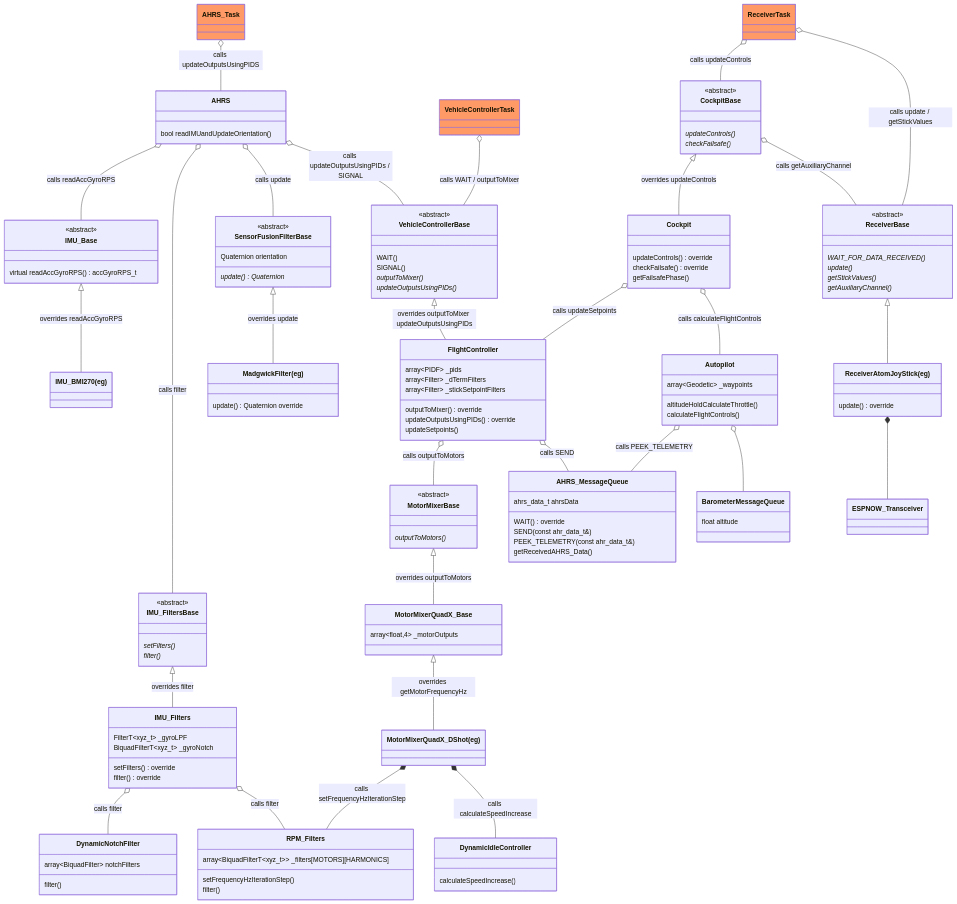
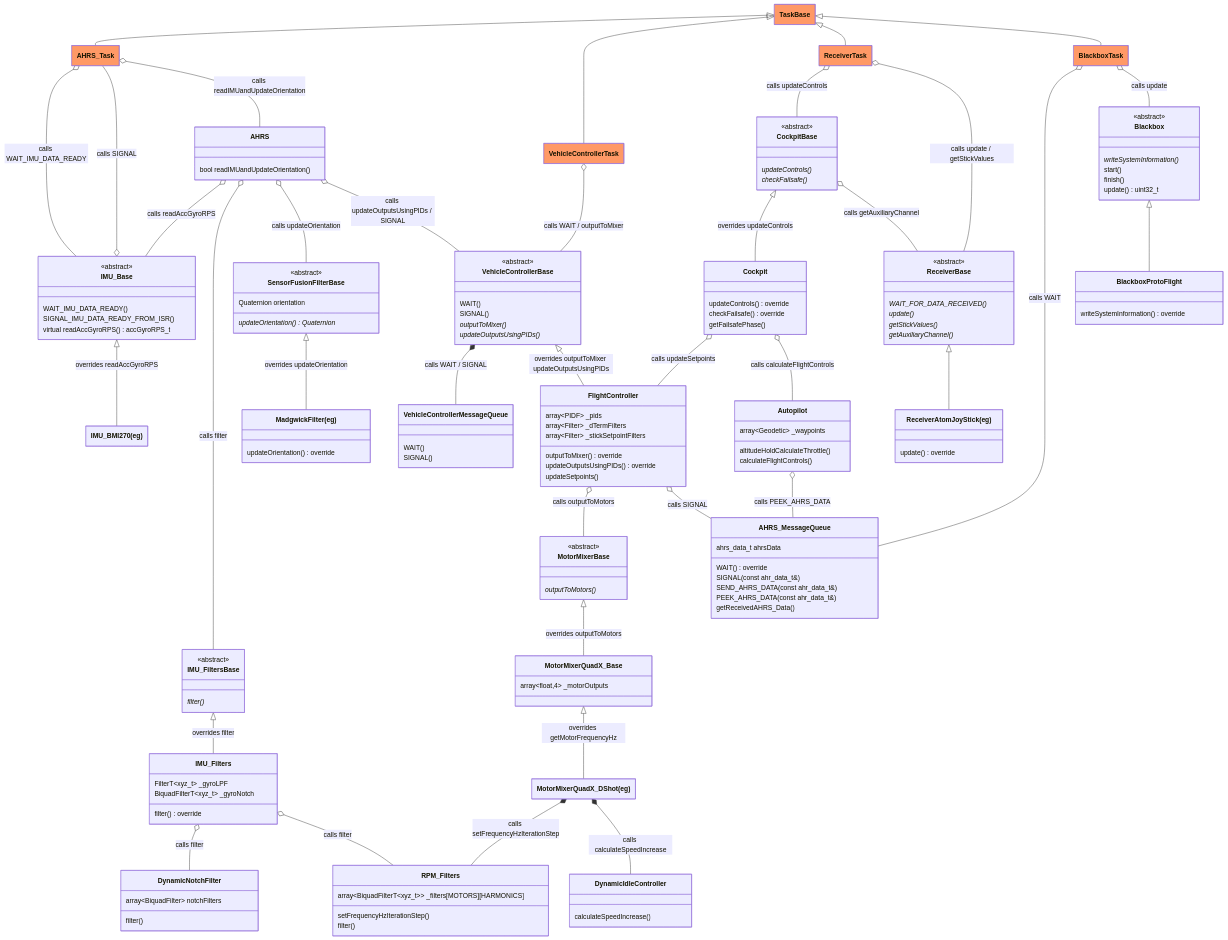
One commit to martinbudden/Protoflight changed the first of 6 diagrams in README.md. Above: the diagram before and after it, drawn with Mermaid. The commit also changed other lines of this file and 3 other files, not shown here.

````diff
--- a/README.md
+++ b/README.md
@@ -241,42 +235,88 @@
 ```mermaid
+---
+  config:
+    class:
+      hideEmptyMembersBox: true
+---
 classDiagram
+    class TaskBase:::taskClass {
+    }
+    link TaskBase "https://github.com/martinbudden/Library-TaskBase/blob/main/src/TaskBase.h"
+    TaskBase <|-- AHRS_Task
+    TaskBase <|-- VehicleControllerTask
+    TaskBase <|-- ReceiverTask
+    TaskBase <|-- BlackboxTask
+
+    class AHRS_Task:::taskClass {
+    }
+    link AHRS_Task "https://github.com/martinbudden/Library-StabilizedVehicle/blob/main/src/AHRS_Task.h"
+    AHRS_Task o-- IMU_Base : calls WAIT_IMU_DATA_READY
+    AHRS_Task --o IMU_Base : calls SIGNAL
+    AHRS_Task o-- AHRS : calls readIMUandUpdateOrientation
+    class IMU_Base {
+        <<abstract>>
+        WAIT_IMU_DATA_READY()
+        SIGNAL_IMU_DATA_READY_FROM_ISR()
+        virtual readAccGyroRPS() accGyroRPS_t
+    }
+    link IMU_Base "https://github.com/martinbudden/Library-Sensors/blob/main/src/IMU_Base.h"
+
+    IMU_Base <|-- IMU_BMI270 : overrides readAccGyroRPS
+    class IMU_BMI270["IMU_BMI270(eg)"]
+    link IMU_BMI270 "https://github.com/martinbudden/Library-Sensors/blob/main/src/IMU_BMI270.h"
+
+    class IMU_FiltersBase {
+        <<abstract>>
+        filter() *
+    }
+    link IMU_FiltersBase "https://github.com/martinbudden/Library-StabilizedVehicle/blob/main/src/IMU_FiltersBase.h"
+
+    class DynamicNotchFilter {
+        array~BiquadFilter~ notchFilters
+        filter()
+    }
+    link DynamicNotchFilter "https://github.com/martinbudden/protoflight/blob/main/lib/FlightController/src/DynamicNotchFilter.h"
+
+    class RPM_Filters {
+        array~BiquadFilterT~xyz_t~~ _filters[MOTORS][HARMONICS]
+        setFrequencyHzIterationStep()
+        filter()
+    }
+    link RPM_Filters "https://github.com/martinbudden/protoflight/blob/main/lib/FlightController/src/RPM_Filters.h"
+
+    class IMU_Filters {
+        FilterT~xyz_t~  _gyroLPF
+        BiquadFilterT~xyz_t~ _gyroNotch
+        filter() override
+    }
+    link IMU_Filters "https://github.com/martinbudden/protoflight/blob/main/lib/FlightController/src/IMU_Filters.h"
+    IMU_Filters o-- DynamicNotchFilter : calls filter
+    %%DynamicNotchFilter --o IMU_Filters : calls filter
+    IMU_Filters o-- RPM_Filters : calls filter
+    IMU_FiltersBase <|-- IMU_Filters : overrides filter
+    %%IMU_Filters o-- MotorMixerBase
+
+    class SensorFusionFilterBase {
+        Quaternion orientation
+        <<abstract>>
+        updateOrientation() Quaternion *
+    }
+    link SensorFusionFilterBase "https://github.com/martinbudden/Library-SensorFusion/blob/main/src/SensorFusion.h"
+
+    SensorFusionFilterBase  <|-- MadgwickFilter : overrides updateOrientation
+    class MadgwickFilter["MadgwickFilter(eg)"] {
+        updateOrientation() override
+    }
+    link MadgwickFilter "https://github.com/martinbudden/Library-SensorFusion/blob/main/src/SensorFusion.h"
+
     class AHRS {
         bool readIMUandUpdateOrientation()
     }
     link AHRS "https://github.com/martinbudden/Library-StabilizedVehicle/blob/main/src/AHRS.h"
     AHRS o-- IMU_Base : calls readAccGyroRPS
     AHRS o-- IMU_FiltersBase : calls filter
-    AHRS o-- SensorFusionFilterBase : calls update
-    class AHRS_Task:::taskClass {
-    }
-    link AHRS_Task "https://github.com/martinbudden/Library-StabilizedVehicle/blob/main/src/AHRS_Task.h"
-    AHRS_Task o-- AHRS : calls updateOutputsUsingPIDS
-
-    VehicleControllerBase <|-- FlightController : overrides outputToMixer updateOutputsUsingPIDs
+    AHRS o-- SensorFusionFilterBase : calls updateOrientation
     AHRS o-- VehicleControllerBase : calls updateOutputsUsingPIDs / SIGNAL
-    class ReceiverTask:::taskClass {
-    }
-    link ReceiverTask "https://github.com/martinbudden/Library-Receiver/blob/main/src/ReceiverTask.h"
-    class SensorFusionFilterBase {
-        Quaternion orientation
-        <<abstract>>
-        update() Quaternion *
-    }
-    link SensorFusionFilterBase "https://github.com/martinbudden/Library-SensorFusion/blob/main/src/SensorFusion.h"
-
-    class IMU_Base {
-        <<abstract>>
-        virtual readAccGyroRPS() accGyroRPS_t
-    }
-    link IMU_Base "https://github.com/martinbudden/Library-IMU/blob/main/src/IMU_Base.h"
-
-    class IMU_FiltersBase {
-        <<abstract>>
-        setFilters() *
-        filter() *
-    }
-    link IMU_FiltersBase "https://github.com/martinbudden/Library-StabilizedVehicle/blob/main/src/IMU_FiltersBase.h"
-
     class VehicleControllerBase {
         <<abstract>>
         WAIT()
@@ -286,26 +326,40 @@
     }
     link VehicleControllerBase "https://github.com/martinbudden/Library-StabilizedVehicle/blob/main/src/VehicleControllerBase.h"
 
+    class VehicleControllerTask:::taskClass {
+    }
+    link VehicleControllerTask "https://github.com/martinbudden/Library-StabilizedVehicle/blob/main/src/VehicleControllerTask.h"
+    %%VehicleControllerBase --o VehicleControllerTask : calls WAIT / outputToMixer
+    VehicleControllerTask o-- VehicleControllerBase : calls WAIT / outputToMixer
+
+    class VehicleControllerMessageQueue {
+        WAIT()
+        SIGNAL()
+    }
+    link VehicleControllerMessageQueue "https://github.com/martinbudden/Library-StabilizedVehicle/blob/main/src/VehicleControllerMessageQueue.h"
     class MotorMixerBase {
         <<abstract>>
         outputToMotors() *
     }
-    link FlightController "https://github.com/martinbudden/protoflight/blob/main/lib/MotorMixers/src/MotorMixerBase.h"
+    link MotorMixerBase "https://github.com/martinbudden/protoflight/blob/main/lib/MotorMixers/src/MotorMixerBase.h"
+
+    class DynamicIdleController {
+        calculateSpeedIncrease()
+    }
+    link DynamicIdleController "https://github.com/martinbudden/protoflight/blob/main/lib/MotorMixers/src/DynamicIdleController.h"
+
+    class MotorMixerQuadX_DShot["MotorMixerQuadX_DShot(eg)"]
+    link MotorMixerQuadX_DShot "https://github.com/martinbudden/protoflight/blob/main/lib/MotorMixers/src/MotorMixerQuadX_DShot.h"
+    MotorMixerQuadX_DShot *-- RPM_Filters : calls setFrequencyHzIterationStep
+    %%RPM_Filters --* MotorMixerQuadX_DShot : calls setFrequencyHzIterationStep
+    MotorMixerQuadX_DShot *-- DynamicIdleController : calls calculateSpeedIncrease
+
     MotorMixerBase <|-- MotorMixerQuadX_Base : overrides outputToMotors
-
-    class VehicleControllerTask:::taskClass {
+    MotorMixerQuadX_Base <|-- MotorMixerQuadX_DShot : overrides getMotorFrequencyHz
+    class MotorMixerQuadX_Base {
+        array~float,4~ _motorOutputs
     }
-    link VehicleControllerTask "https://github.com/martinbudden/Library-StabilizedVehicle/blob/main/src/VehicleControllerTask.h"
-    VehicleControllerTask o-- VehicleControllerBase : calls WAIT / outputToMixer
-
-    class AHRS_MessageQueue {
-        ahrs_data_t ahrsData
-        WAIT() override
-        SEND(const ahr_data_t&)
-        PEEK_TELEMETRY(const ahr_data_t&)
-        getReceivedAHRS_Data()
-    }
-    link AHRS_MessageQueue "https://github.com/martinbudden/protoflight/blob/main/lib/Blackbox/src/AHRS_MessageQueue.h"
+    link MotorMixerQuadX_Base "https://github.com/martinbudden/protoflight/blob/main/lib/MotorMixers/src/MotorMixerQuadX_Base.h"
 
     class FlightController {
         array~PIDF~ _pids
@@ -316,9 +370,55 @@
         updateSetpoints()
     }
     link FlightController "https://github.com/martinbudden/protoflight/blob/main/lib/FlightController/src/FlightController.h"
+    VehicleControllerBase *-- VehicleControllerMessageQueue : calls WAIT / SIGNAL
+    VehicleControllerBase <|-- FlightController : overrides outputToMixer updateOutputsUsingPIDs
+    FlightController o-- MotorMixerBase : calls outputToMotors
+
+    class CockpitBase {
+        <<abstract>>
+        updateControls() *
+        checkFailsafe() *
+    }
+    link CockpitBase "https://github.com/martinbudden/Library-Receiver/blob/main/src/CockpitBase.h"
+    CockpitBase <|-- Cockpit : overrides updateControls
+    CockpitBase o--ReceiverBase : calls getAuxiliaryChannel
+
+    class Cockpit {
+        updateControls() override
+        checkFailsafe() override
+        getFailsafePhase()
+    }
+    link Cockpit "https://github.com/martinbudden/protoflight/blob/main/lib/Helm/src/Cockpit.h"
     Cockpit o-- FlightController : calls updateSetpoints
-    FlightController o-- MotorMixerBase : calls outputToMotors
-    FlightController o-- AHRS_MessageQueue : calls SEND
+    Cockpit o-- Autopilot : calls calculateFlightControls
+
+    class ReceiverTask:::taskClass {
+    }
+    link ReceiverTask "https://github.com/martinbudden/Library-Receiver/blob/main/src/ReceiverTask.h"
+
+    ReceiverTask o-- CockpitBase : calls updateControls
+    ReceiverTask o-- ReceiverBase : calls update / getStickValues
+    %%CockpitBase --o ReceiverTask : calls updateControls
+
+    class Autopilot {
+        array~Geodetic~ _waypoints
+        altitudeHoldCalculateThrottle()
+        calculateFlightControls()
+    }
+    link Autopilot "https://github.com/martinbudden/protoflight/blob/main/lib/Helm/src/Autopilot.h"
+    Autopilot o-- AHRS_MessageQueue : calls PEEK_AHRS_DATA
+
+    class AHRS_MessageQueue {
+        ahrs_data_t ahrsData
+        WAIT() override
+        SIGNAL(const ahr_data_t&)
+        SEND_AHRS_DATA(const ahr_data_t&)
+        PEEK_AHRS_DATA(const ahr_data_t&)
+        getReceivedAHRS_Data()
+    }
+    link AHRS_MessageQueue "https://github.com/martinbudden/Library-StabilizedVehicle/blob/main/src/AHRS_MessageQueue.h"
+    FlightController o-- AHRS_MessageQueue : calls SIGNAL
+    %%AHRS_MessageQueue --o FlightController : calls SIGNAL
 
     class ReceiverBase {
         <<abstract>>
@@ -328,98 +428,31 @@
         getAuxiliaryChannel() *
     }
     link ReceiverBase "https://github.com/martinbudden/Library-Receiver/blob/main/src/ReceiverBase.h"
-
-    class CockpitBase {
-        <<abstract>>
-        updateControls() *
-        checkFailsafe() *
-    }
-    link CockpitBase "https://github.com/martinbudden/Library-Receiver/blob/main/src/CockpitBase.h"
-
-    ReceiverTask o-- CockpitBase : calls updateControls
-    ReceiverTask o-- ReceiverBase : calls update / getStickValues
-    link ReceiverTask "https://github.com/martinbudden/Library-Receiver/blob/main/src/ReceiverTask.h"
-    %%CockpitBase --o ReceiverTask : calls updateControls
-
-    CockpitBase <|-- Cockpit : overrides updateControls
-    CockpitBase o--ReceiverBase : calls getAuxiliaryChannel
-    class Cockpit {
-        updateControls() override
-        checkFailsafe() override
-        getFailsafePhase()
-    }
-    link Cockpit "https://github.com/martinbudden/protoflight/blob/main/lib/Helm/src/Cockpit.h"
-    Cockpit o-- Autopilot : calls calculateFlightControls
-    class Autopilot {
-        array~Geodetic~ _waypoints
-        altitudeHoldCalculateThrottle()
-        calculateFlightControls()
-    }
-    link FlightController "https://github.com/martinbudden/protoflight/blob/main/lib/Helm/src/Autopilot.h"
-    Autopilot o-- AHRS_MessageQueue : calls PEEK_TELEMETRY
-    class BarometerMessageQueue {
-        float altitude
-    }
-    Autopilot o -- BarometerMessageQueue
-
-    class RPM_Filters {
-        array~BiquadFilterT~xyz_t~~ _filters[MOTORS][HARMONICS]
-        setFrequencyHzIterationStep()
-        filter()
-    }
-    link RPM_Filters "https://github.com/martinbudden/protoflight/blob/main/lib/FlightController/src/RPM_Filters.h"
-
-    IMU_FiltersBase <|-- IMU_Filters : overrides filter
-    class IMU_Filters {
-        FilterT~xyz_t~  _gyroLPF
-        BiquadFilterT~xyz_t~ _gyroNotch
-        setFilters() override
-        filter() override
-    }
-    link IMU_Filters "https://github.com/martinbudden/protoflight/blob/main/lib/FlightController/src/IMU_Filters.h"
-    class DynamicNotchFilter {
-        array~BiquadFilter~ notchFilters
-        filter()
-    }
-    link DynamicNotchFilter "https://github.com/martinbudden/protoflight/blob/main/lib/FlightController/src/DynamicNotchFilter.h"
-    IMU_Filters o-- DynamicNotchFilter : calls filter
-    IMU_Filters o-- RPM_Filters : calls filter
-    %%IMU_Filters o-- MotorMixerBase
-
-    MotorMixerQuadX_Base <|-- MotorMixerQuadX_DShot : overrides getMotorFrequencyHz
-    class MotorMixerQuadX_Base {
-        array~float,4~ _motorOutputs
-    }
-    link MotorMixerQuadX_Base "https://github.com/martinbudden/protoflight/blob/main/lib/MotorMixers/src/MotorMixerQuadX_Base.h"
-
-    class DynamicIdleController {
-        calculateSpeedIncrease()
-    }
-    link DynamicIdleController "https://github.com/martinbudden/protoflight/blob/main/lib/MotorMixers/src/DynamicIdleController.h"
-    class MotorMixerQuadX_DShot["MotorMixerQuadX_DShot(eg)"]
-    link MotorMixerQuadX_DShot "https://github.com/martinbudden/protoflight/blob/main/lib/MotorMixers/src/MotorMixerQuadX_DShot.h"
-    MotorMixerQuadX_DShot *-- RPM_Filters : calls setFrequencyHzIterationStep
-    MotorMixerQuadX_DShot *-- DynamicIdleController : calls calculateSpeedIncrease
-
-    IMU_Base <|-- IMU_BMI270 : overrides readAccGyroRPS
-    class IMU_BMI270["IMU_BMI270(eg)"]
-    link IMU_BMI270 "https://github.com/martinbudden/Library-IMU/blob/main/src/IMU_BMI270.h"
-
-    SensorFusionFilterBase  <|-- MadgwickFilter : overrides  update
-    class MadgwickFilter["MadgwickFilter(eg)"] {
-        update() Quaternion override
-    }
-    link MadgwickFilter "https://github.com/martinbudden/Library-SensorFusion/blob/main/src/SensorFusion.h"
-
     class ReceiverAtomJoyStick {
         update() override
     }
     ReceiverBase <|-- ReceiverAtomJoyStick
     class ReceiverAtomJoyStick["ReceiverAtomJoyStick(eg)"]
     link ReceiverAtomJoyStick "https://github.com/martinbudden/Library-Receiver/blob/main/src/ReceiverAtomJoyStick.h"
-    ReceiverAtomJoyStick *-- ESPNOW_Transceiver
-    class ESPNOW_Transceiver
-    link ESPNOW_Transceiver "https://github.com/martinbudden/Library-Receiver/blob/main/src/ESPNOW_Transceiver.h"
+
+    class BlackboxTask:::taskClass {
+    }
+    link BlackboxTask "https://github.com/martinbudden/Library-Blackbox/blob/main/src/BlackboxTask.h"
+    BlackboxTask o-- AHRS_MessageQueue : calls WAIT
+    BlackboxTask o-- Blackbox : calls update
+    class Blackbox {
+        <<abstract>>
+        writeSystemInformation() *
+        start()
+        finish()
+        update() uint32_t
+    }
+    link Blackbox "https://github.com/martinbudden/Library-Blackbox/blob/main/src/Blackbox.h"
+    Blackbox <|-- BlackboxProtoFlight
+    class BlackboxProtoFlight {
+        writeSystemInformation() override
+    }
+    link BlackboxProtoFlight "https://github.com/martinbudden/protoflight/blob/main/lib/Blackbox/src/BlackboxProtoFlight.h"
 
     classDef taskClass fill:#f96
 ```
````
